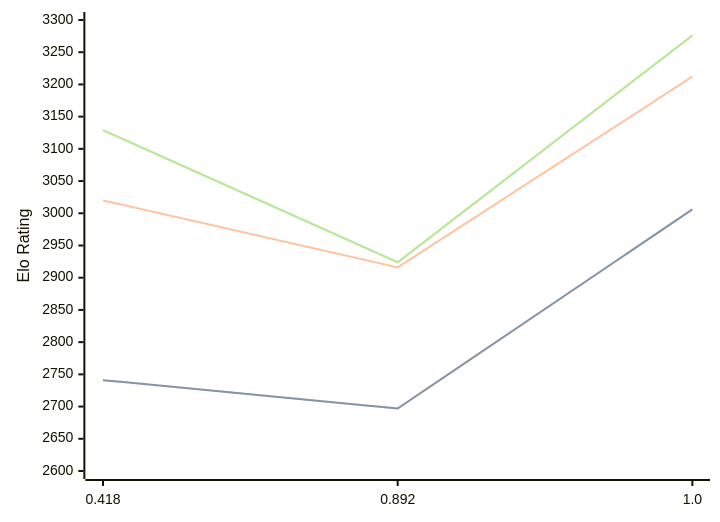
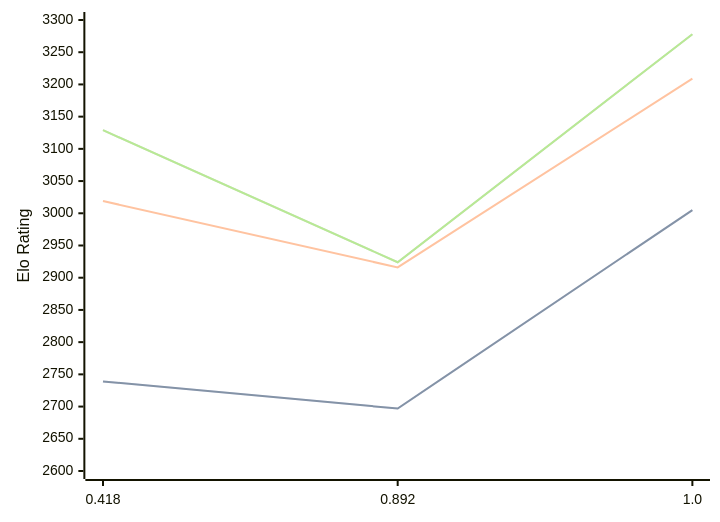
The diagram in engines/Malika.md (computer-chess-index/cci), drawn with Mermaid before and after one commit. The commit also changed other lines of this file, not shown here.

Commit message:
Update CCI Ratings (ELO VLTC) - 2026-04-06

````diff
--- a/engines/Malika.md
+++ b/engines/Malika.md
@@ -33,11 +33,11 @@
 ```mermaid
 %%{init: {"theme":"base","themeVariables":{"seriesColors:['#a3a3a3','#222221','#faa371']}}}%%
 xychart-beta
   x-axis ["0.418", "0.892", "1.0"]
   y-axis "Elo Rating" 2600 --> 3300
-  line "STC (8.0+0.08s)" [2741, 2697, 3006]
-  line "STC (8.0+0.08s)" [2741, 2697, 3006]
-  line "LTC (60.0+0.60s)" [3020, 2916, 3212]
-  line "VLTC (2m24s+1.12s)" [3129, 2924, 3276]
-  line "VLTC (2m24s+1.12s)" [3129, 2924, 3276]
+  line "STC (8.0+0.08s)" [2739, 2697, 3005]
+  line "STC (8.0+0.08s)" [2739, 2697, 3005]
+  line "LTC (60.0+0.60s)" [3019, 2916, 3209]
+  line "VLTC (2m24s+1.12s)" [3129, 2924, 3278]
+  line "VLTC (2m24s+1.12s)" [3129, 2924, 3278]
 ```
````
